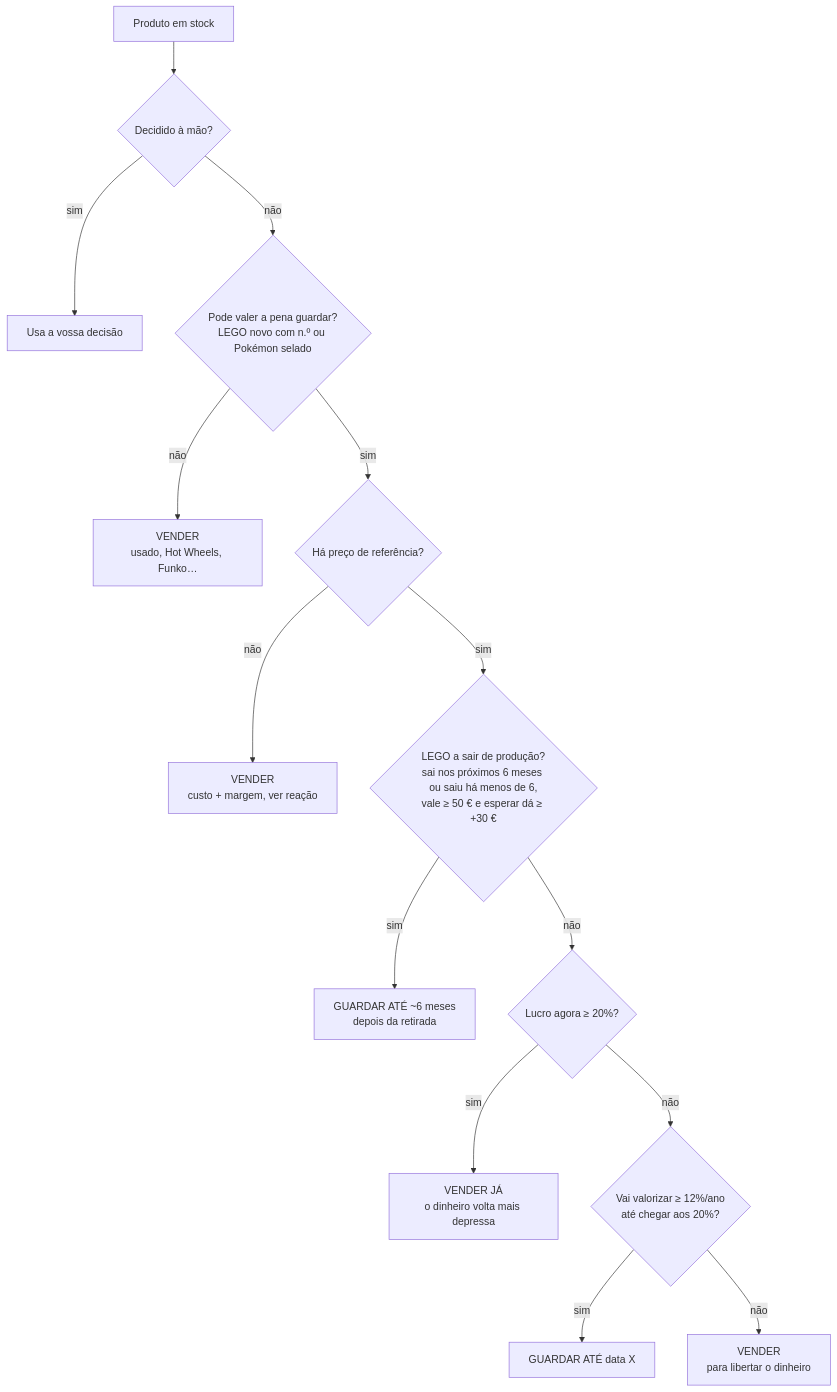
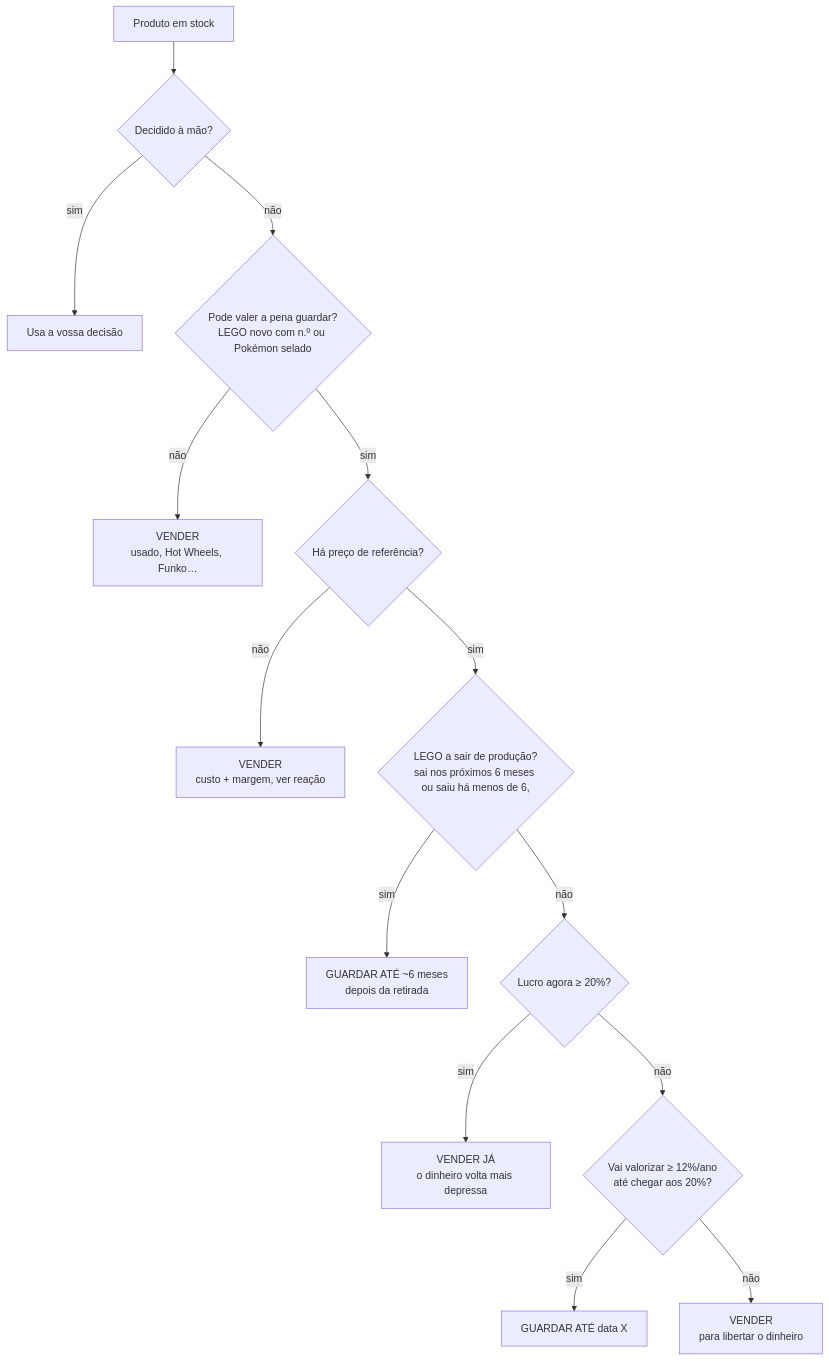
The fourth of 4 diagrams in README.md (RicardoMarquesCardoso/gestao-vinted), drawn with Mermaid before and after one commit. The commit also changed other lines of this file and 6 other files, not shown here.

````diff
--- a/README.md
+++ b/README.md
@@ -262,16 +262,16 @@
 ```mermaid
 flowchart TD
   A[Produto em stock] --> M{Decidido à mão?}
   M -- sim --> MM[Usa a vossa decisão]
   M -- não --> B{Pode valer a pena guardar?<br/>LEGO novo com n.º ou Pokémon selado}
   B -- não --> V1[VENDER<br/>usado, Hot Wheels, Funko…]
   B -- sim --> R{Há preço de referência?}
   R -- não --> V2[VENDER<br/>custo + margem, ver reação]
-  R -- sim --> W{LEGO a sair de produção?<br/>sai nos próximos 6 meses ou saiu há menos de 6,<br/>vale ≥ 50 € e esperar dá ≥ +30 €}
+  R -- sim --> W{LEGO a sair de produção?<br/>sai nos próximos 6 meses ou saiu há menos de 6,}
   W -- sim --> G2[GUARDAR ATÉ ~6 meses<br/>depois da retirada]
   W -- não --> L{Lucro agora ≥ 20%?}
   L -- sim --> V3[VENDER JÁ<br/>o dinheiro volta mais depressa]
   L -- não --> P{Vai valorizar ≥ 12%/ano<br/>até chegar aos 20%?}
   P -- sim --> G[GUARDAR ATÉ data X]
   P -- não --> V4[VENDER<br/>para libertar o dinheiro]
 ```
````
